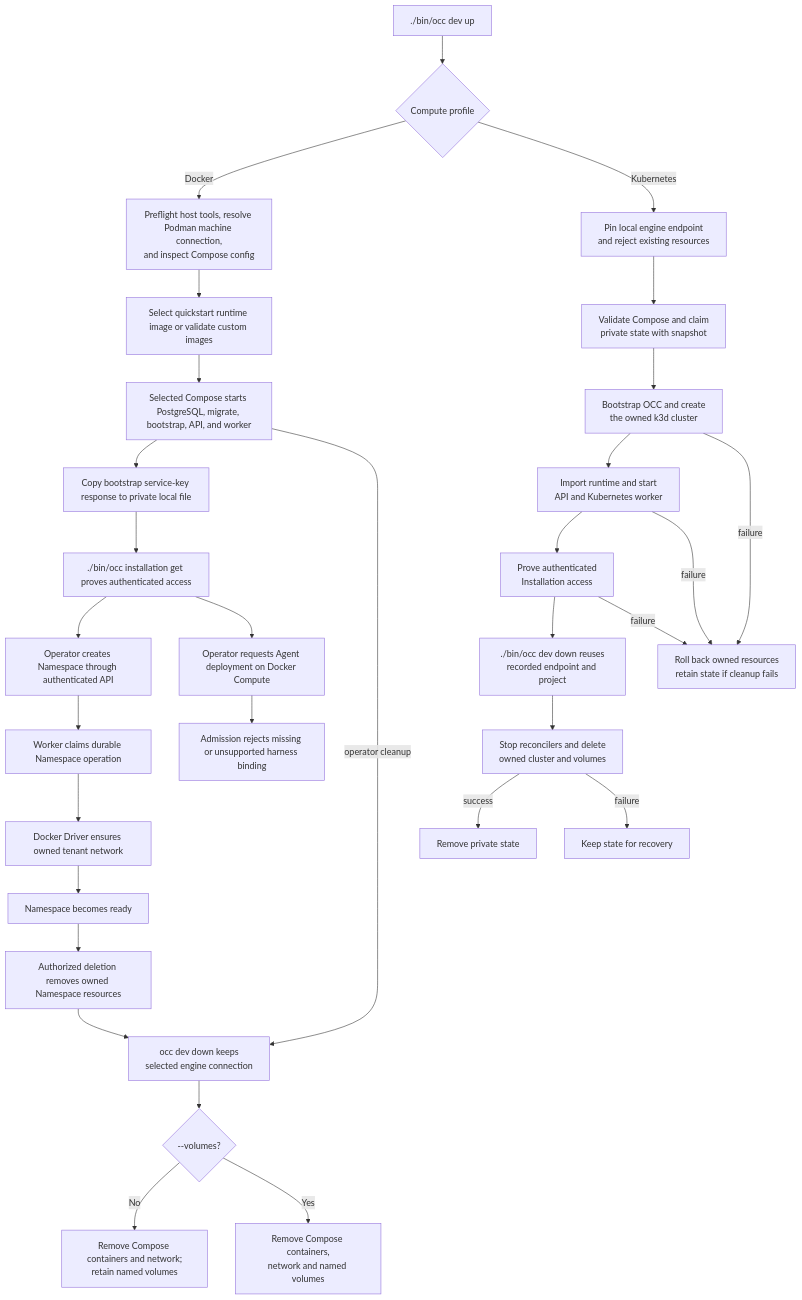
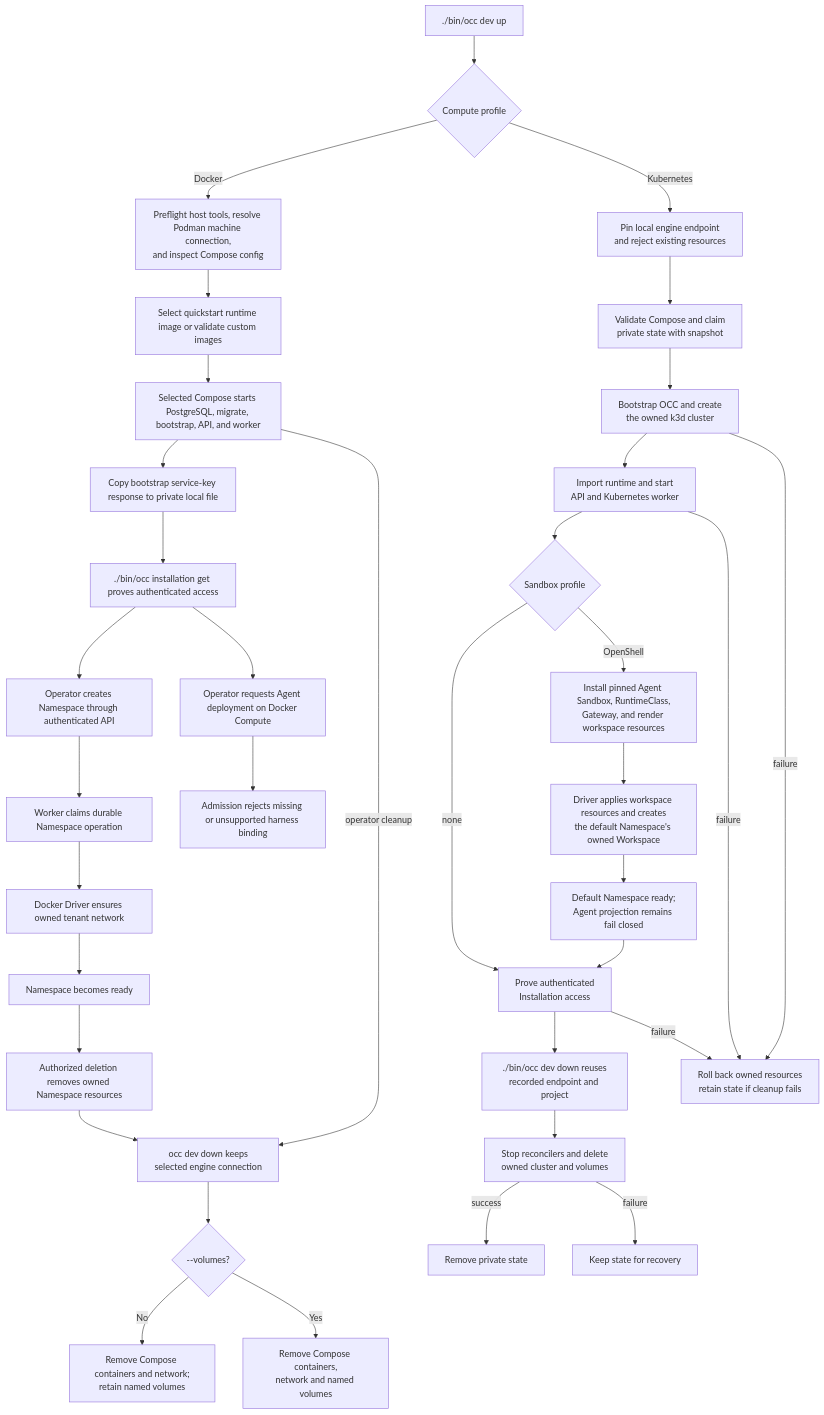
One commit to SebTardif/openclaw-enterprise changed the diagram in docs/flows/docker-compose-development.md. Above: the diagram before and after it, drawn with Mermaid. The commit also changed other lines of this file and 37 other files, not shown here.

Commit message:
WIP: add OpenShell workspace lifecycle to dev-up

````diff
--- a/docs/flows/docker-compose-development.md
+++ b/docs/flows/docker-compose-development.md
@@ -46,33 +50,39 @@
 ```mermaid
 graph TD
   A["./bin/occ dev up"] --> Profile{"Compute profile"}
   Profile -->|Docker| B["Preflight host tools, resolve Podman machine connection,<br/>and inspect Compose config"]
   Profile -->|Kubernetes| KPre["Pin local engine endpoint<br/>and reject existing resources"]
   KPre --> KConfig["Validate Compose and claim<br/>private state with snapshot"]
   KConfig --> KStart["Bootstrap OCC and create<br/>the owned k3d cluster"]
   KStart --> KReady["Import runtime and start<br/>API and Kubernetes worker"]
-  KReady --> KProof["Prove authenticated<br/>Installation access"]
+  KReady --> KSandbox{"Sandbox profile"}
+  KSandbox -->|none| KProof
+  KSandbox -->|OpenShell| KOpenShell["Install pinned Agent Sandbox, RuntimeClass,<br/>Gateway, and render workspace resources"]
+  KOpenShell --> KWorkspace["Driver applies workspace resources and creates<br/>the default Namespace's owned Workspace"]
+  KWorkspace --> KFailClosed["Default Namespace ready;<br/>Agent projection remains fail closed"]
+  KFailClosed --> KProof
+  KProof["Prove authenticated<br/>Installation access"]
   KProof --> KDown["./bin/occ dev down reuses<br/>recorded endpoint and project"]
   KStart -->|failure| KRollback["Roll back owned resources<br/>retain state if cleanup fails"]
   KReady -->|failure| KRollback
   KProof -->|failure| KRollback
   KDown --> KRemove["Stop reconcilers and delete<br/>owned cluster and volumes"]
   KRemove -->|success| KDone["Remove private state"]
   KRemove -->|failure| KRetain["Keep state for recovery"]
   B --> C["Select quickstart runtime image or validate custom images"]
   C --> D["Selected Compose starts PostgreSQL, migrate, bootstrap, API, and worker"]
   D --> E["Copy bootstrap service-key response to private local file"]
   E --> F["./bin/occ installation get proves authenticated access"]
   F --> G["Operator creates Namespace through authenticated API"]
   G --> H["Worker claims durable Namespace operation"]
   H --> I["Docker Driver ensures owned tenant network"]
   I --> J["Namespace becomes ready"]
   F --> K["Operator requests Agent deployment on Docker Compute"]
   K --> L["Admission rejects missing or unsupported harness binding"]
   J --> M["Authorized deletion removes owned Namespace resources"]
   D -->|operator cleanup| CDown["occ dev down keeps<br/>selected engine connection"]
   M --> CDown
   CDown --> CVolumes{"--volumes?"}
   CVolumes -->|No| CKeep["Remove Compose containers and network;<br/>retain named volumes"]
   CVolumes -->|Yes| CDelete["Remove Compose containers,<br/>network and named volumes"]
 ```
````
